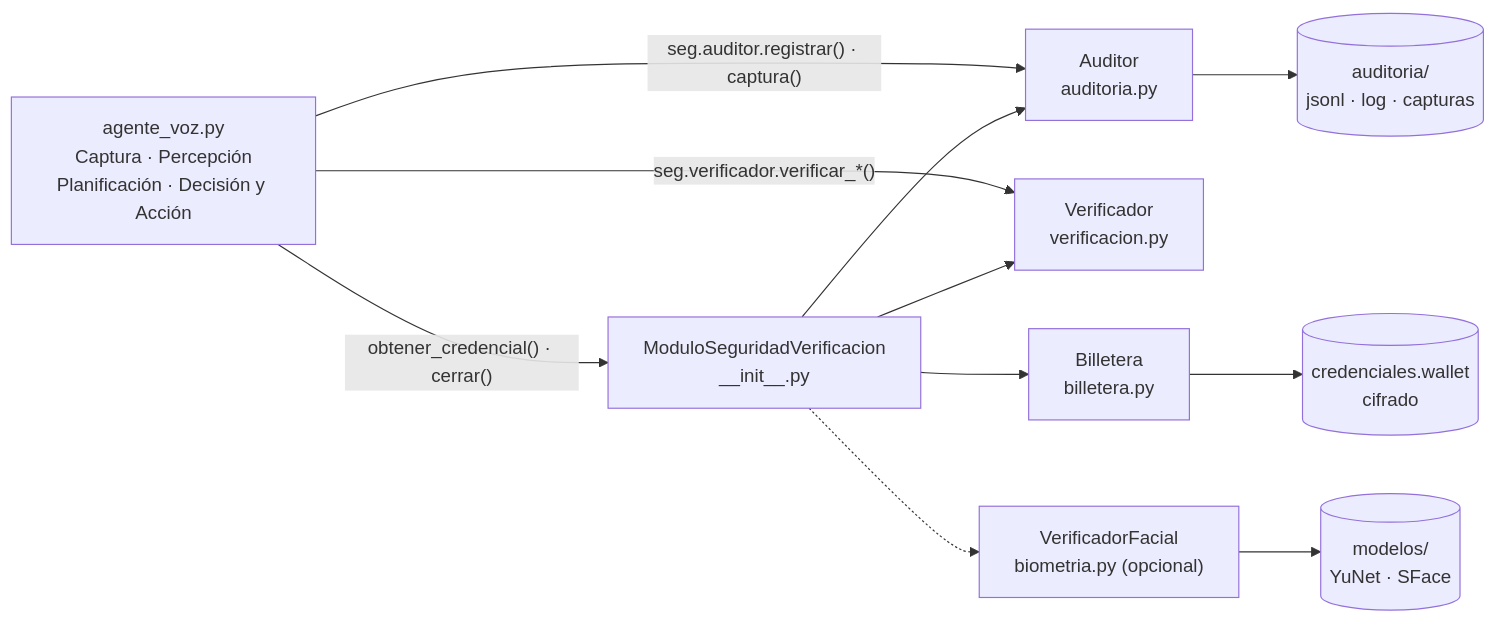
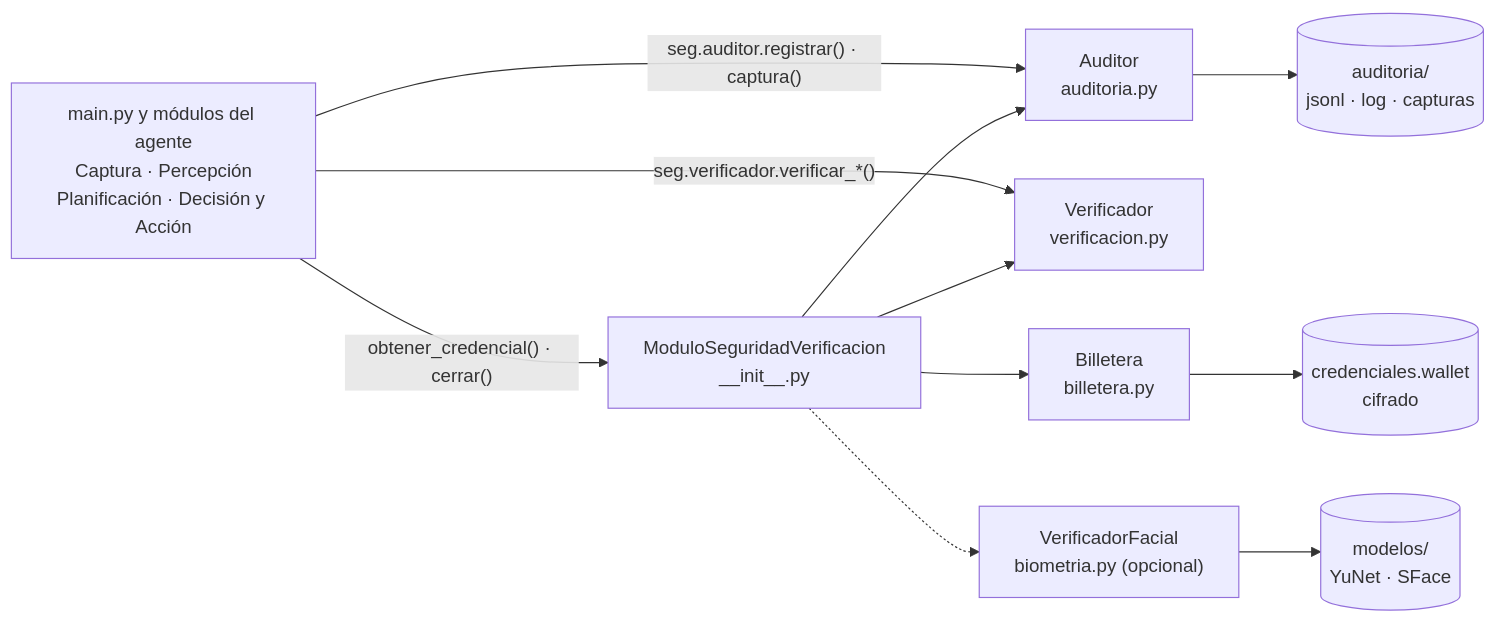
Before and after one commit to RubenDRC/agente-autonomo-voz: the first of 3 diagrams in seguridad/README.md, drawn with Mermaid. The commit also changed other lines of this file and 40 other files, not shown here.

Commit message:
Refactorización de la arquitectura del agente de voz

````diff
--- a/seguridad/README.md
+++ b/seguridad/README.md
@@ -36,23 +36,23 @@
 ```mermaid
 flowchart LR
-    AG["agente_voz.py<br/>Captura · Percepción<br/>Planificación · Decisión y Acción"]
+    AG["main.py y módulos del agente<br/>Captura · Percepción<br/>Planificación · Decisión y Acción"]
     F["ModuloSeguridadVerificacion<br/>__init__.py"]
     AU["Auditor<br/>auditoria.py"]
     VE["Verificador<br/>verificacion.py"]
     BI["Billetera<br/>billetera.py"]
     FA["VerificadorFacial<br/>biometria.py (opcional)"]
     L[("auditoria/<br/>jsonl · log · capturas")]
     W[("credenciales.wallet<br/>cifrado")]
     M[("modelos/<br/>YuNet · SFace")]
 
     AG -- "obtener_credencial() · cerrar()" --> F
     AG -- "seg.auditor.registrar() · captura()" --> AU
     AG -- "seg.verificador.verificar_*()" --> VE
     F --> AU
     F --> VE
     F --> BI
     F -.-> FA
     AU --> L
     BI --> W
     FA --> M
 ```
````
